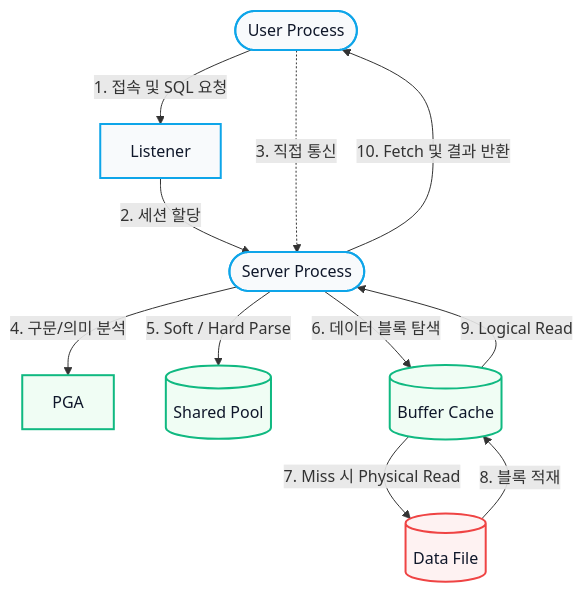
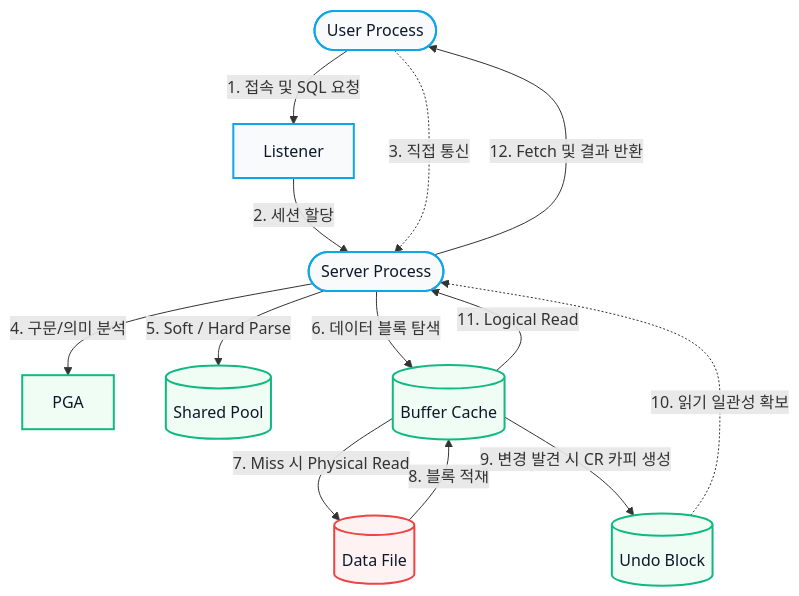
Before and after one commit to kkcskill-dot/TS_edu: the first of 4 diagrams in assets/lessons/visit-service/sql_execution_flow.md, drawn with Mermaid. The commit also changed other lines of this file, not shown here.

Commit message:
fix: resolve mermaid syntax error in DELETE diagram and update SELECT flow with Undo CR Read

````diff
--- a/assets/lessons/visit-service/sql_execution_flow.md
+++ b/assets/lessons/visit-service/sql_execution_flow.md
@@ -10,32 +10,35 @@
 ```mermaid
 flowchart TD
     %% 노드 정의
     UP([User Process])
     L[Listener]
     SP([Server Process])
     PGA[PGA]
     SPool[(Shared Pool)]
     BC[(Buffer Cache)]
+    Undo[(Undo Block)]
     DF[(Data File)]
 
     %% 흐름 연결
     UP -->|1. 접속 및 SQL 요청| L
     L -->|2. 세션 할당| SP
     UP -.->|3. 직접 통신| SP
     
     SP -->|4. 구문/의미 분석| PGA
     SP -->|5. Soft / Hard Parse| SPool
     SP -->|6. 데이터 블록 탐색| BC
     BC -->|7. Miss 시 Physical Read| DF
     DF -->|8. 블록 적재| BC
-    BC -->|9. Logical Read| SP
-    SP -->|10. Fetch 및 결과 반환| UP
+    BC -->|9. 변경 발견 시 CR 카피 생성| Undo
+    Undo -.->|10. 읽기 일관성 확보| SP
+    BC -->|11. Logical Read| SP
+    SP -->|12. Fetch 및 결과 반환| UP
 
     %% 스타일 설정
     classDef process fill:#f8fafc,stroke:#0ea5e9,stroke-width:2px,color:#0f172a;
     classDef mem fill:#f0fdf4,stroke:#10b981,stroke-width:2px,color:#0f172a;
     classDef disk fill:#fef2f2,stroke:#ef4444,stroke-width:2px,color:#0f172a;
     class UP,SP,L process;
-    class PGA,SPool,BC mem;
+    class PGA,SPool,BC,Undo mem;
     class DF disk;
 ```
````
